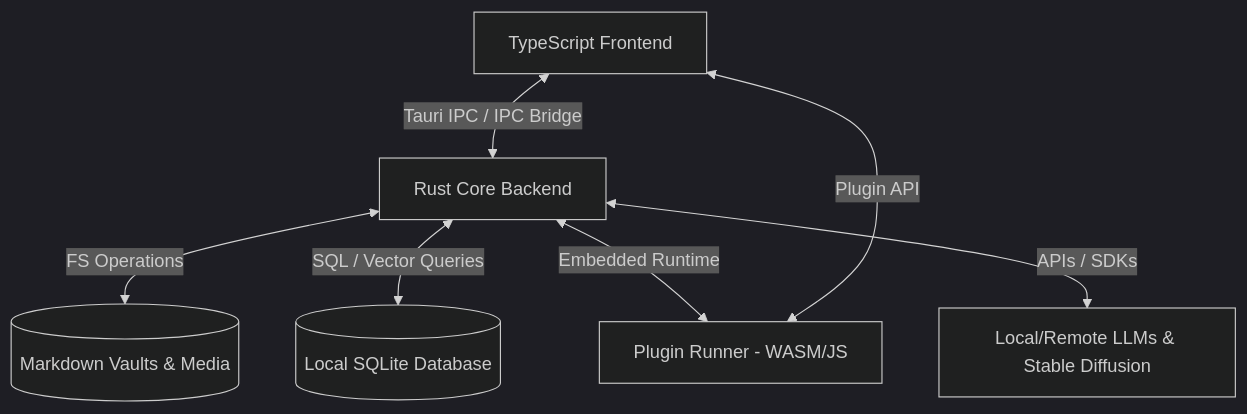
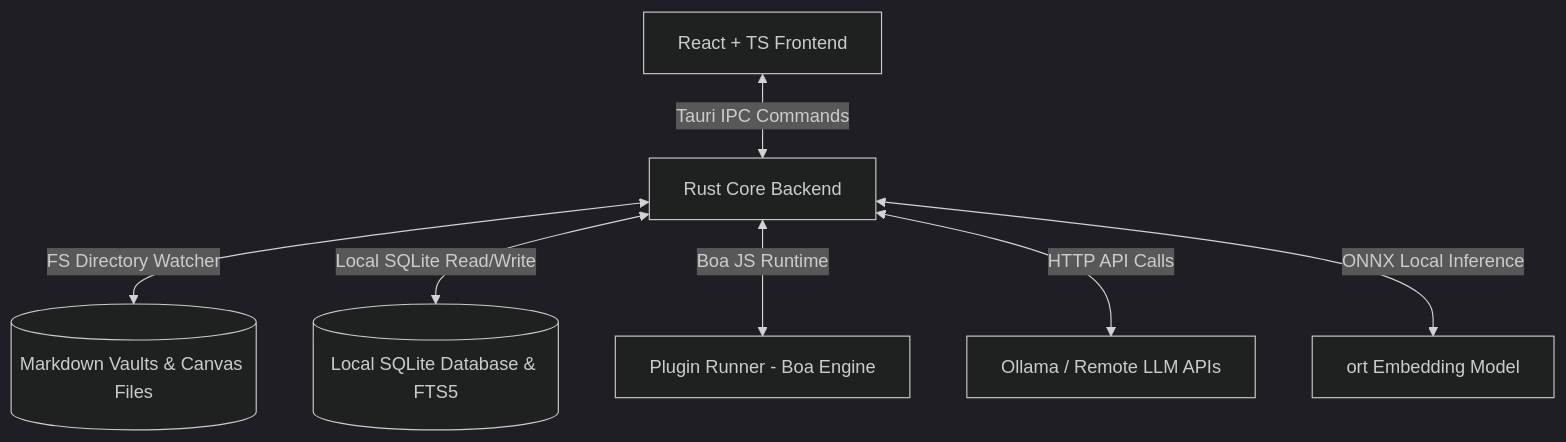
The diagram in ARCHITECTURE.md (prismatic7/loreweaver), drawn with Mermaid (dark theme) before and after one commit. The commit also changed other lines of this file and 17 other files, not shown here.

````diff
--- a/ARCHITECTURE.md
+++ b/ARCHITECTURE.md
@@ -11,9 +11,9 @@
 ```mermaid
 graph TD
-    A[TypeScript Frontend] <-->|Tauri IPC / IPC Bridge| B[Rust Core Backend]
-    B <-->|FS Operations| C[(Markdown Vaults & Media)]
-    B <-->|SQL / Vector Queries| D[(Local SQLite Database)]
-    B <-->|Embedded Runtime| E[Plugin Runner - WASM/JS]
-    B <-->|APIs / SDKs| F[Local/Remote LLMs & Stable Diffusion]
-    E <-->|Plugin API| A
+    A[React + TS Frontend] <-->|Tauri IPC Commands| B[Rust Core Backend]
+    B <-->|FS Directory Watcher| C[(Markdown Vaults & Canvas Files)]
+    B <-->|Local SQLite Read/Write| D[(Local SQLite Database & FTS5)]
+    B <-->|Boa JS Runtime| E[Plugin Runner - Boa Engine]
+    B <-->|HTTP API Calls| F[Ollama / Remote LLM APIs]
+    B <-->|ONNX Local Inference| G[ort Embedding Model]
 ```
````
